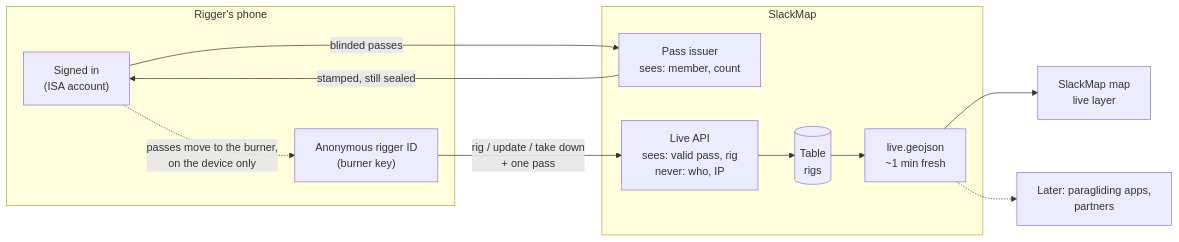
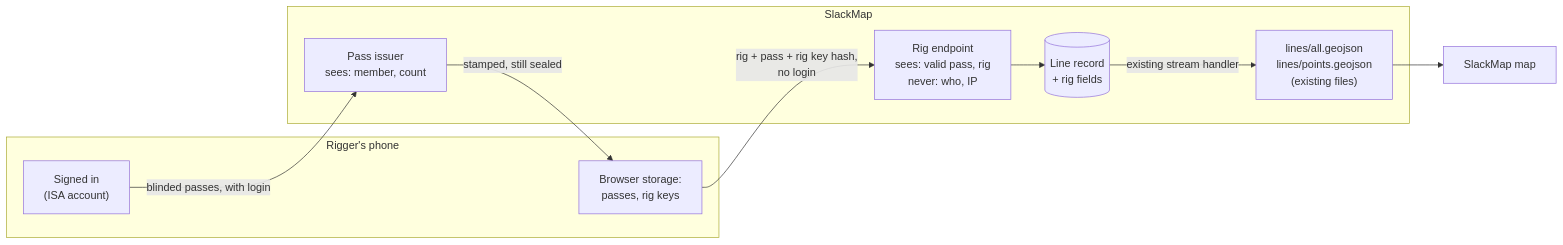
Before and after one commit to International-Slackline-Association/isa: the first of 4 diagrams in specs/slackmap-live-lines/flows.md, drawn with Mermaid. The commit also changed other lines of this file and 5 other files, not shown here.

Commit message:
specs/slackmap-live-lines: rigging extends existing lines in the current map files; owner-only edit through a rig key kept on the phone; blind-signed pass kept, burner accounts dropped; calendar and banner reminders; phone wireframes of map, line card and reporting

````diff
--- a/specs/slackmap-live-lines/flows.md
+++ b/specs/slackmap-live-lines/flows.md
@@ -7,25 +7,21 @@
 ```mermaid
 flowchart LR
-    subgraph Rigger["Rigger's phone"]
+    subgraph Phone["Rigger's phone"]
         Signed["Signed in<br/>(ISA account)"]
-        Burner["Anonymous rigger ID<br/>(burner key)"]
+        Store["Browser storage:<br/>passes, rig keys"]
     end
 
     subgraph ISA["SlackMap"]
         Issuer["Pass issuer<br/>sees: member, count"]
-        LiveAPI["Live API<br/>sees: valid pass, rig<br/>never: who, IP"]
-        Table[("Table<br/>rigs")]
-        LiveFile["live.geojson<br/>~1 min fresh"]
+        RigAPI["Rig endpoint<br/>sees: valid pass, rig<br/>never: who, IP"]
+        Line[("Line record<br/>+ rig fields")]
+        File["lines/all.geojson<br/>lines/points.geojson<br/>(existing files)"]
     end
 
-    Map["SlackMap map<br/>live layer"]
-    Consumers["Later: paragliding apps,<br/>partners"]
+    Map["SlackMap map"]
 
-    Signed -- "blinded passes" --> Issuer
-    Issuer -- "stamped, still sealed" --> Signed
-    Signed -. "passes move to the burner,<br/>on the device only" .-> Burner
-    Burner -- "rig / update / take down<br/>+ one pass" --> LiveAPI
-    LiveAPI --> Table --> LiveFile
-    LiveFile --> Map
-    LiveFile -.-> Consumers
+    Signed -- "blinded passes, with login" --> Issuer
+    Issuer -- "stamped, still sealed" --> Store
+    Store -- "rig + pass + rig key hash,<br/>no login" --> RigAPI
+    RigAPI --> Line -- "existing stream handler" --> File --> Map
 ```
````
